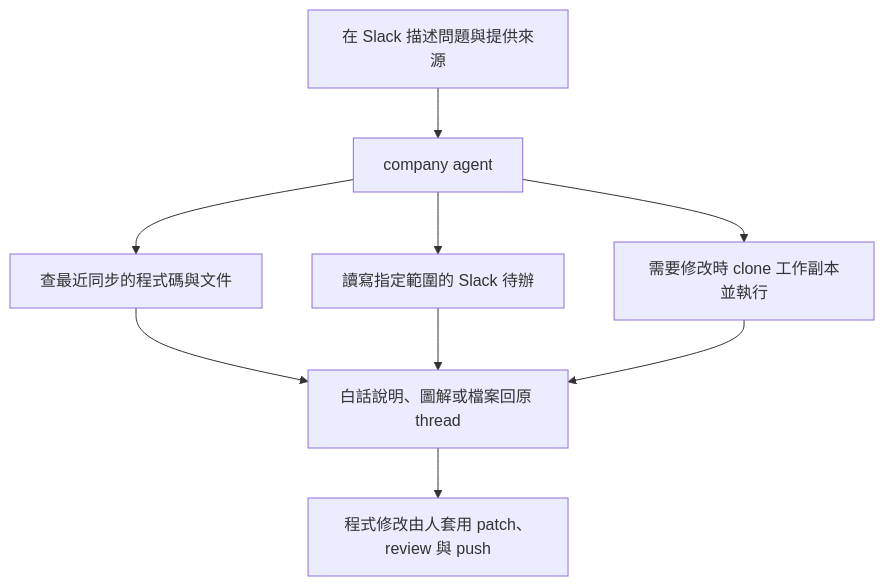
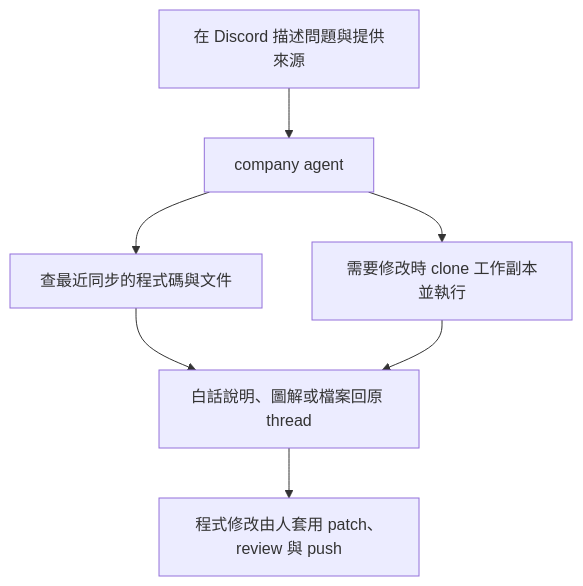
One commit to henry5720/agent-company changed the first of 2 diagrams in docs/bot-guide.md. Above: the diagram before and after it, drawn with Mermaid. The commit also changed other lines of this file and 21 other files, not shown here.

First line of the commit message:
feat：Slack 關了，bot 改接 Discord；待辦與 Slack Home 移除

````diff
--- a/docs/bot-guide.md
+++ b/docs/bot-guide.md
@@ -11,11 +11,9 @@
 ```mermaid
 flowchart TD
-  Q[在 Slack 描述問題與提供來源] --> A[company agent]
+  Q[在 Discord 描述問題與提供來源] --> A[company agent]
   A --> C[查最近同步的程式碼與文件]
-  A --> L[讀寫指定範圍的 Slack 待辦]
   A --> W[需要修改時 clone 工作副本並執行]
   C --> R[白話說明、圖解或檔案回原 thread]
-  L --> R
   W --> R
   R --> H[程式修改由人套用 patch、review 與 push]
 ```
````
